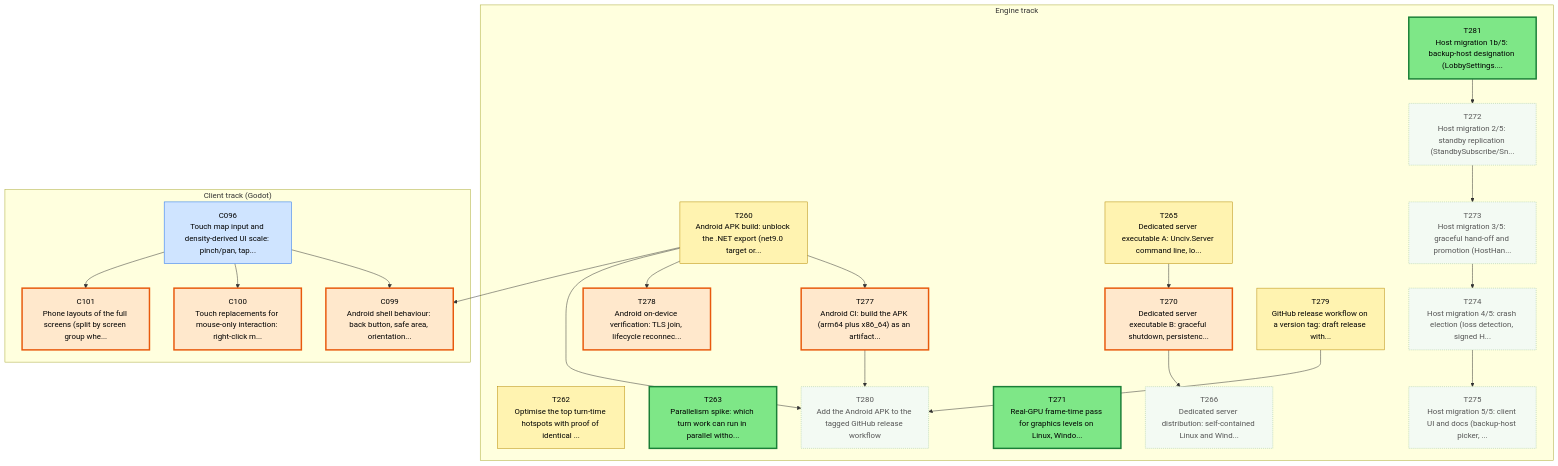
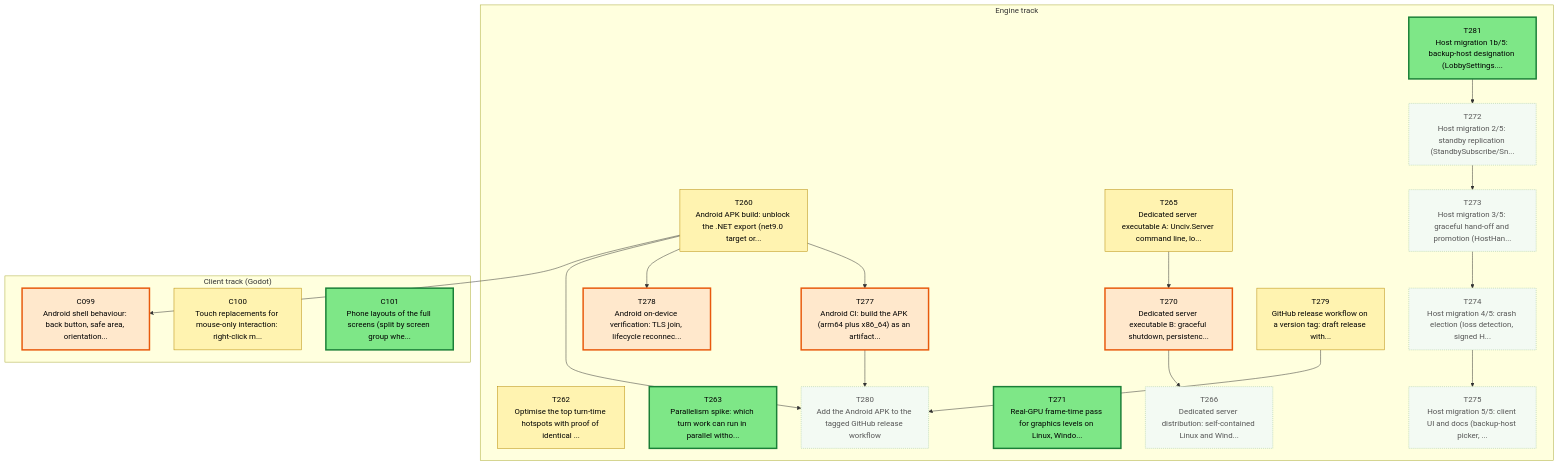
One commit to Kenmura/Unciv changed the first of 3 diagrams in csharp/migration/DEPENDENCY_MAP.md. Above: the diagram before and after it, drawn with Mermaid. The commit also changed other lines of this file and 1 other file, not shown here.

````diff
--- a/csharp/migration/DEPENDENCY_MAP.md
+++ b/csharp/migration/DEPENDENCY_MAP.md
@@ -35,69 +35,64 @@
 ```mermaid
 flowchart TD
   subgraph TTRACK["Engine track"]
     T260["T260<br/>Android APK build: unblock the .NET export (net9.0 target or..."]
     T262["T262<br/>Optimise the top turn-time hotspots with proof of identical ..."]
     T263["T263<br/>Parallelism spike: which turn work can run in parallel witho..."]
     T265["T265<br/>Dedicated server executable A: Unciv.Server command line, lo..."]
     T266["T266<br/>Dedicated server distribution: self-contained Linux and Wind..."]
     T270["T270<br/>Dedicated server executable B: graceful shutdown, persistenc..."]
     T271["T271<br/>Real-GPU frame-time pass for graphics levels on Linux, Windo..."]
     T272["T272<br/>Host migration 2/5: standby replication (StandbySubscribe/Sn..."]
     T273["T273<br/>Host migration 3/5: graceful hand-off and promotion (HostHan..."]
     T274["T274<br/>Host migration 4/5: crash election (loss detection, signed H..."]
     T275["T275<br/>Host migration 5/5: client UI and docs (backup-host picker, ..."]
     T277["T277<br/>Android CI: build the APK (arm64 plus x86_64) as an artifact..."]
     T278["T278<br/>Android on-device verification: TLS join, lifecycle reconnec..."]
     T279["T279<br/>GitHub release workflow on a version tag: draft release with..."]
     T280["T280<br/>Add the Android APK to the tagged GitHub release workflow"]
     T281["T281<br/>Host migration 1b/5: backup-host designation (LobbySettings...."]
   end
   subgraph CTRACK["Client track (Godot)"]
-    C096["C096<br/>Touch map input and density-derived UI scale: pinch/pan, tap..."]
     C099["C099<br/>Android shell behaviour: back button, safe area, orientation..."]
     C100["C100<br/>Touch replacements for mouse-only interaction: right-click m..."]
     C101["C101<br/>Phone layouts of the full screens (split by screen group whe..."]
   end
   T270 --> T266
   T265 --> T270
   T281 --> T272
   T272 --> T273
   T273 --> T274
   T274 --> T275
   T260 --> T277
   T260 --> T278
   T279 --> T280
   T260 --> T280
   T277 --> T280
   T260 --> C099
-  C096 --> C099
-  C096 --> C100
-  C096 --> C101
   classDef waiting fill:#f3faf3,stroke:#9bc49b,color:#555,stroke-dasharray:2 2
   classDef ondeck fill:#ffe8cc,stroke:#e8590c,stroke-width:3px,color:#000
   classDef ready fill:#7ee787,stroke:#1a7f37,stroke-width:3px,color:#000
   classDef prog fill:#fff3b0,stroke:#b58900,color:#000
   classDef review fill:#cfe4ff,stroke:#1f6feb,color:#000
   classDef blocked fill:#ffd6d6,stroke:#c62828,color:#000
   classDef done fill:#eeeeee,stroke:#999999,color:#666,stroke-dasharray:4 3
-  class C096 review
   class C099 ondeck
-  class C100 ondeck
-  class C101 ondeck
+  class C100 prog
+  class C101 ready
   class T260 prog
   class T262 prog
   class T263 ready
   class T265 prog
   class T266 waiting
   class T270 ondeck
   class T271 ready
   class T272 waiting
   class T273 waiting
   class T274 waiting
   class T275 waiting
   class T277 ondeck
   class T278 ondeck
   class T279 prog
   class T280 waiting
   class T281 ready
 ```
````
